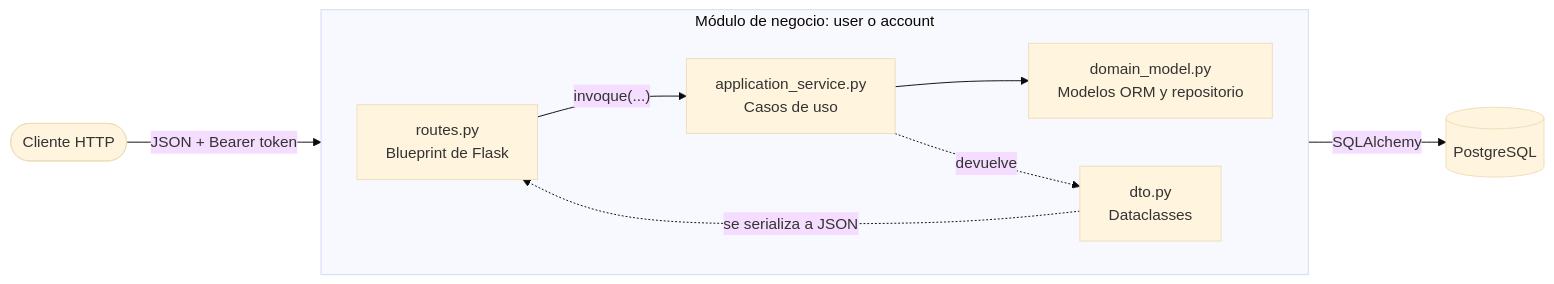
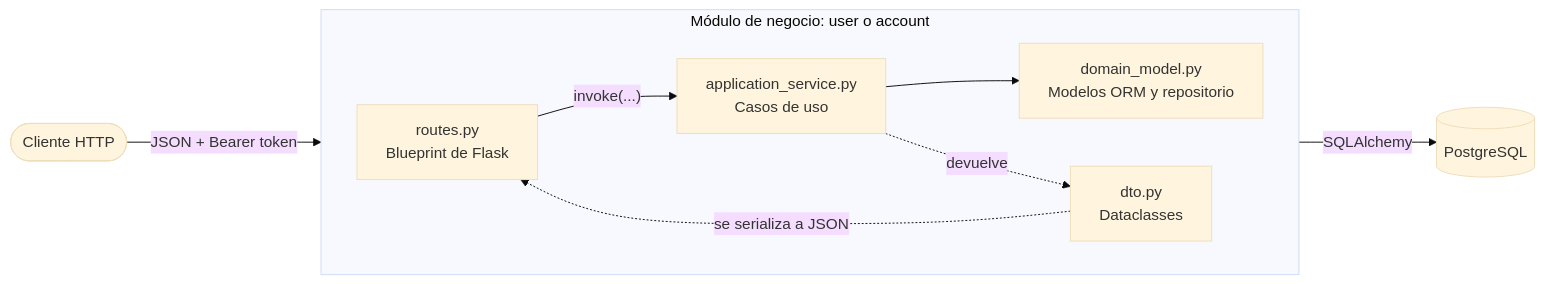
One commit to bernardo-colorado-dubois/banking-core changed the first of 3 diagrams in README.md. Above: the diagram before and after it, drawn with Mermaid (base theme). The commit also changed other lines of this file and 18 other files, not shown here.

First line of the commit message:
Rutas, modelo, esquema y servicios estandarizados en inglés

````diff
--- a/README.md
+++ b/README.md
@@ -89,19 +89,19 @@
 ```mermaid
 flowchart LR
   cliente(["Cliente HTTP"])
   subgraph modulo["Módulo de negocio: user o account"]
     direction LR
     rutas["routes.py<br/>Blueprint de Flask"]
     servicios["application_service.py<br/>Casos de uso"]
     dominio["domain_model.py<br/>Modelos ORM y repositorio"]
     dto["dto.py<br/>Dataclasses"]
   end
   bd[("PostgreSQL")]
 
   cliente -->|"JSON + Bearer token"| rutas
-  rutas -->|"invoque(...)"| servicios
+  rutas -->|"invoke(...)"| servicios
   servicios --> dominio
   dominio -->|"SQLAlchemy"| bd
   servicios -.->|"devuelve"| dto
   dto -.->|"se serializa a JSON"| rutas
 ```
````
